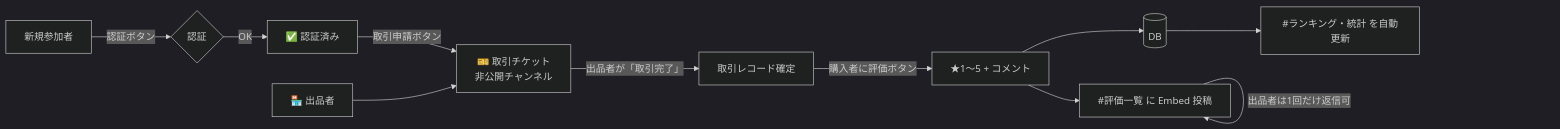
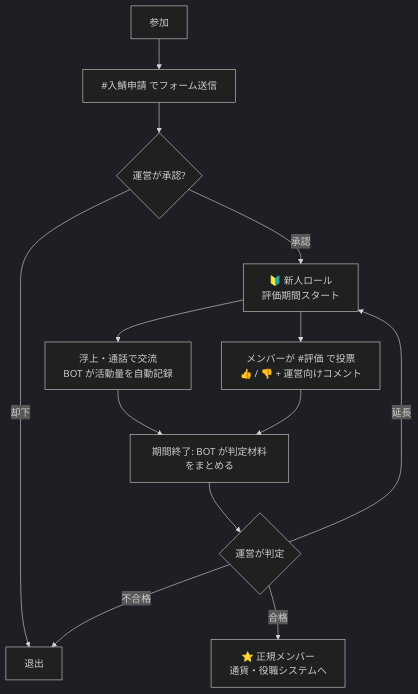
One commit to manakikido-jpg/evaluation changed the first of 2 diagrams in docs/design.md. Above: the diagram before and after it, drawn with Mermaid (dark theme). The commit also changed other lines of this file and 1 other file, not shown here.

````diff
--- a/docs/design.md
+++ b/docs/design.md
@@ -25,13 +35,15 @@
 ```mermaid
-flowchart LR
-    U[新規参加者] -->|認証ボタン| V{認証}
-    V -->|OK| M[✅ 認証済み]
-    M -->|取引申請ボタン| T[🎫 取引チケット<br/>非公開チャンネル]
-    S[🏪 出品者] --> T
-    T -->|出品者が「取引完了」| C[取引レコード確定]
-    C -->|購入者に評価ボタン| R[★1〜5 + コメント]
-    R --> P[#評価一覧 に Embed 投稿]
-    R --> DB[(DB)]
-    DB --> ST[#ランキング・統計 を自動更新]
-    P -->|出品者は1回だけ返信可| P
+flowchart TD
+    A[参加] --> B[#入鯖申請 でフォーム送信]
+    B --> C{運営が承認?}
+    C -->|却下| X[退出]
+    C -->|承認| D[🔰 新人ロール<br/>評価期間スタート]
+    D --> E[浮上・通話で交流<br/>BOT が活動量を自動記録]
+    D --> F[メンバーが #評価 で投票<br/>👍 / 👎 + 運営向けコメント]
+    E --> G[期間終了: BOT が判定材料をまとめる]
+    F --> G
+    G --> H{運営が判定}
+    H -->|合格| I[⭐ 正規メンバー<br/>通貨・役職システムへ]
+    H -->|延長| D
+    H -->|不合格| X
 ```
````
